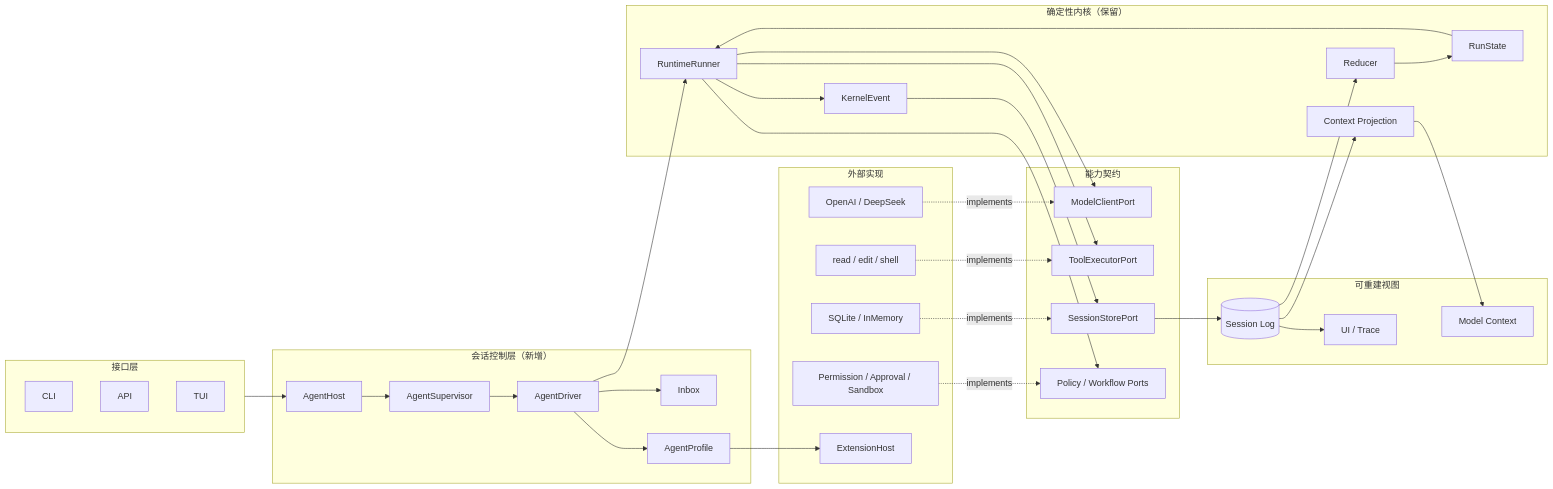
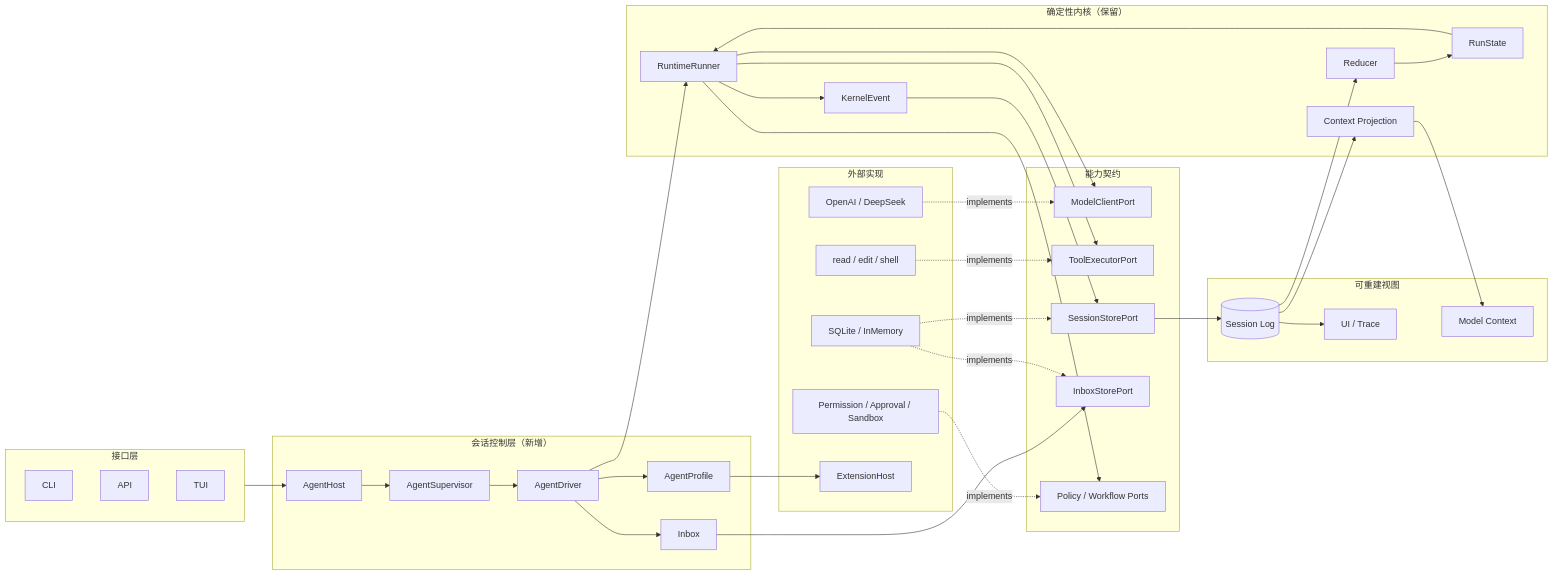
One commit to hk865/coding-agent changed the diagram in docs/architecture/next-module-map.md. Above: the diagram before and after it, drawn with Mermaid. The commit also changed other lines of this file and 19 other files, not shown here.

````diff
--- a/docs/architecture/next-module-map.md
+++ b/docs/architecture/next-module-map.md
@@ -13,71 +13,74 @@
 ```mermaid
 flowchart LR
   subgraph Interfaces["接口层"]
     CLI["CLI"]
     API["API"]
     TUI["TUI"]
   end
 
   subgraph Control["会话控制层（新增）"]
     Host["AgentHost"]
     Supervisor["AgentSupervisor"]
     Driver["AgentDriver"]
     Inbox["Inbox"]
     Profile["AgentProfile"]
   end
 
   subgraph Kernel["确定性内核（保留）"]
     Runner["RuntimeRunner"]
     Events["KernelEvent"]
     Reducer["Reducer"]
     State["RunState"]
     Context["Context Projection"]
   end
 
   subgraph Contracts["能力契约"]
     ModelPort["ModelClientPort"]
     ToolPort["ToolExecutorPort"]
     StorePort["SessionStorePort"]
+    InboxPort["InboxStorePort"]
     PolicyPort["Policy / Workflow Ports"]
   end
 
   subgraph Adapters["外部实现"]
     Providers["OpenAI / DeepSeek"]
     Tools["read / edit / shell"]
     Safety["Permission / Approval / Sandbox"]
     Storage["SQLite / InMemory"]
     ExtensionHost["ExtensionHost"]
   end
 
   subgraph Views["可重建视图"]
     SessionLog[("Session Log")]
     ModelView["Model Context"]
     UIView["UI / Trace"]
   end
 
   Interfaces --> Host
   Host --> Supervisor
   Supervisor --> Driver
   Driver --> Inbox
+  Inbox --> InboxPort
   Driver --> Profile
   Driver --> Runner
   Profile --> ExtensionHost
 
   Runner --> Events
   Events --> StorePort
   StorePort --> SessionLog
   SessionLog --> Reducer
   Reducer --> State
   State --> Runner
   SessionLog --> Context
   Context --> ModelView
   SessionLog --> UIView
 
   Runner --> ModelPort
   Runner --> ToolPort
   Runner --> PolicyPort
   Providers -.implements.-> ModelPort
   Tools -.implements.-> ToolPort
   Safety -.implements.-> PolicyPort
   Storage -.implements.-> StorePort
+  Storage -.implements.-> InboxPort
 ```
````
